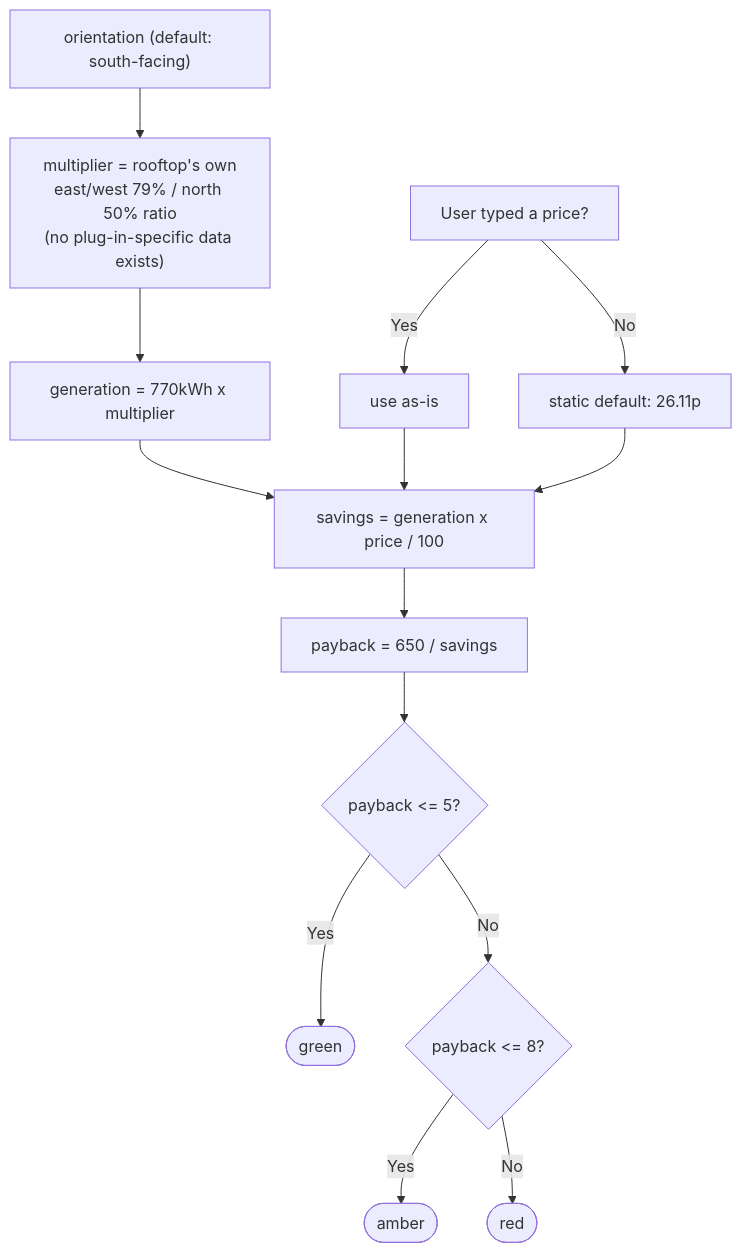
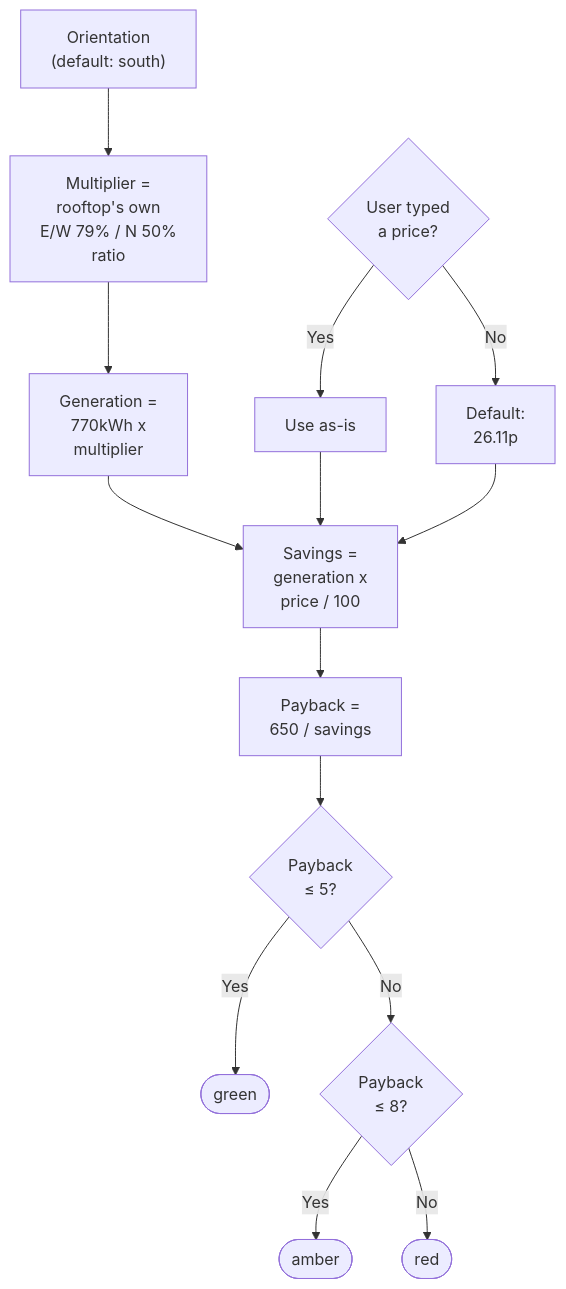
Before and after one commit to spallavi-stack/shubha-pm-portfolio: the second of 7 diagrams in projects/sunnysideup/docs/calculation-logic.md, drawn with Mermaid. The commit also changed other lines of this file, not shown here.

First line of the commit message:
Fix clipped mermaid diagram labels in calculation-logic.md

````diff
--- a/projects/sunnysideup/docs/calculation-logic.md
+++ b/projects/sunnysideup/docs/calculation-logic.md
@@ -71,16 +73,16 @@
 ```mermaid
 flowchart TD
-  A["orientation (default: south-facing)"] --> B["multiplier = rooftop's own<br/>east/west 79% / north 50% ratio<br/>(no plug-in-specific data exists)"]
-  B --> C["generation = 770kWh x multiplier"]
-  D["User typed a price?"] -->|Yes| E["use as-is"]
-  D -->|No| F["static default: 26.11p"]
-  C --> G["savings = generation x price / 100"]
+  A["Orientation<br/>(default: south)"] --> B["Multiplier =<br/>rooftop's own<br/>E/W 79% / N 50%<br/>ratio"]
+  B --> C["Generation =<br/>770kWh x<br/>multiplier"]
+  D{"User typed<br/>a price?"} -->|Yes| E["Use as-is"]
+  D -->|No| F["Default:<br/>26.11p"]
+  C --> G["Savings =<br/>generation x<br/>price / 100"]
   E --> G
   F --> G
-  G --> H["payback = 650 / savings"]
-  H --> I{"payback <= 5?"}
+  G --> H["Payback =<br/>650 / savings"]
+  H --> I{"Payback<br/>≤ 5?"}
   I -->|Yes| Green(["green"])
-  I -->|No| J{"payback <= 8?"}
+  I -->|No| J{"Payback<br/>≤ 8?"}
   J -->|Yes| Amber(["amber"])
   J -->|No| Red(["red"])
 ```
````
